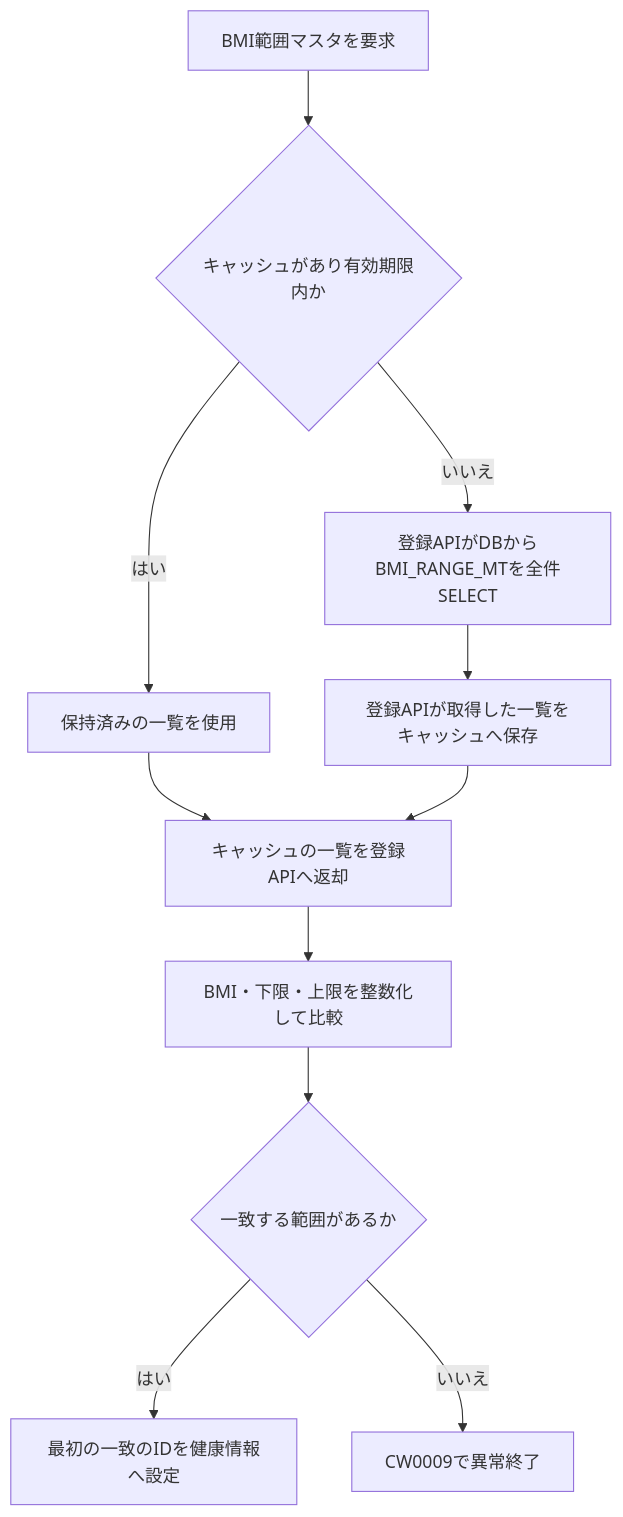
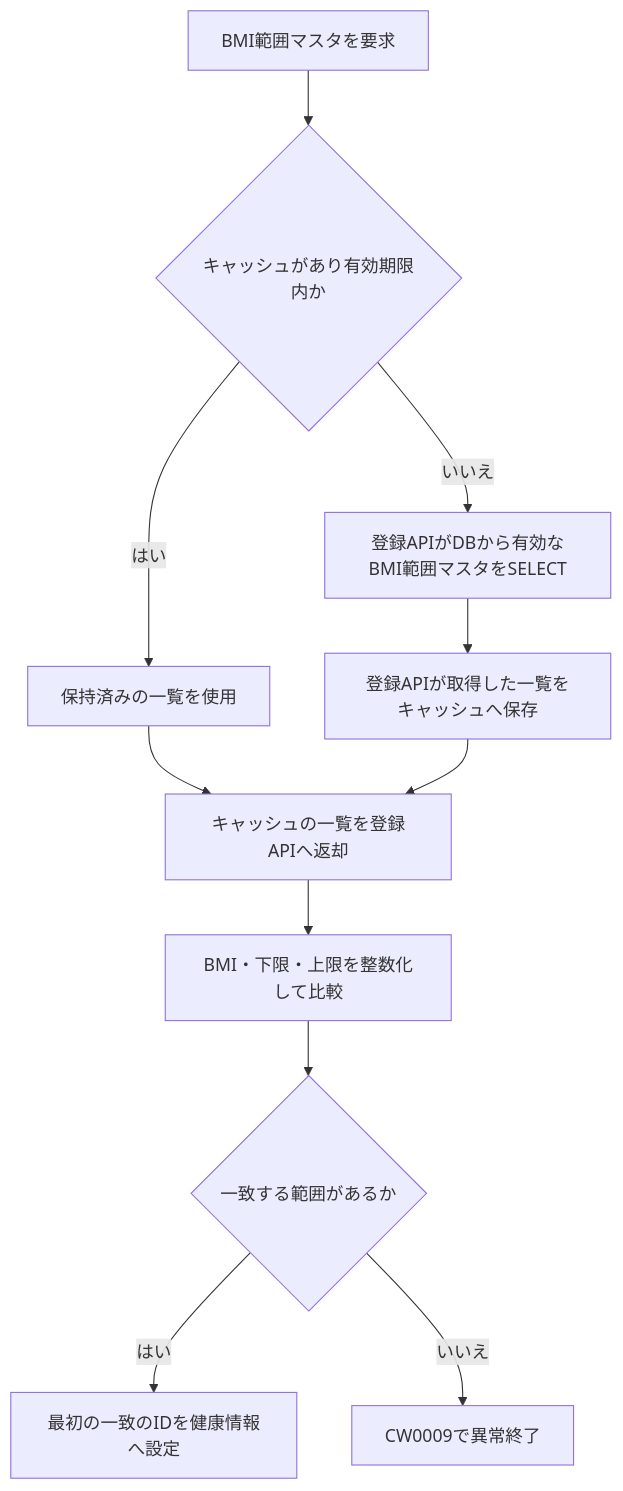
One commit to kohei-okazaki/work-3g changed the fourth of 4 diagrams in ha-docs/design/02_api/設計書_2.1.健康情報登録API.md. Above: the diagram before and after it, drawn with Mermaid. The commit also changed other lines of this file and 57 other files, not shown here.

````diff
--- a/ha-docs/design/02_api/設計書_2.1.健康情報登録API.md
+++ b/ha-docs/design/02_api/設計書_2.1.健康情報登録API.md
@@ -324,13 +326,13 @@
 ```mermaid
 flowchart TD
     Start["BMI範囲マスタを要求"] --> Valid{"キャッシュがあり有効期限内か"}
     Valid -->|はい| Cached["保持済みの一覧を使用"]
-    Valid -->|いいえ| Reload["登録APIがDBからBMI_RANGE_MTを全件SELECT"]
+    Valid -->|いいえ| Reload["登録APIがDBから有効なBMI範囲マスタをSELECT"]
     Reload --> Store["登録APIが取得した一覧をキャッシュへ保存"]
     Cached --> Return["キャッシュの一覧を登録APIへ返却"]
     Store --> Return
     Return --> Compare["BMI・下限・上限を整数化して比較"]
     Compare --> Match{"一致する範囲があるか"}
     Match -->|はい| SetId["最初の一致のIDを健康情報へ設定"]
     Match -->|いいえ| Error["CW0009で異常終了"]
 ```
````
